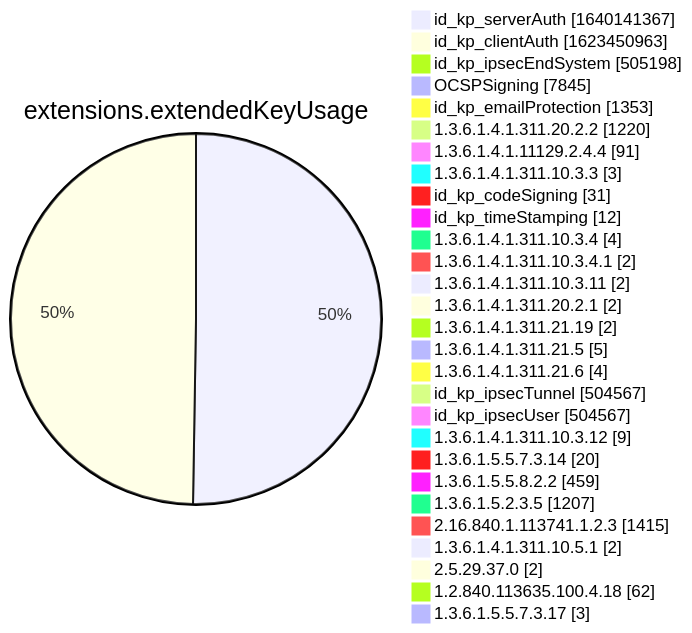
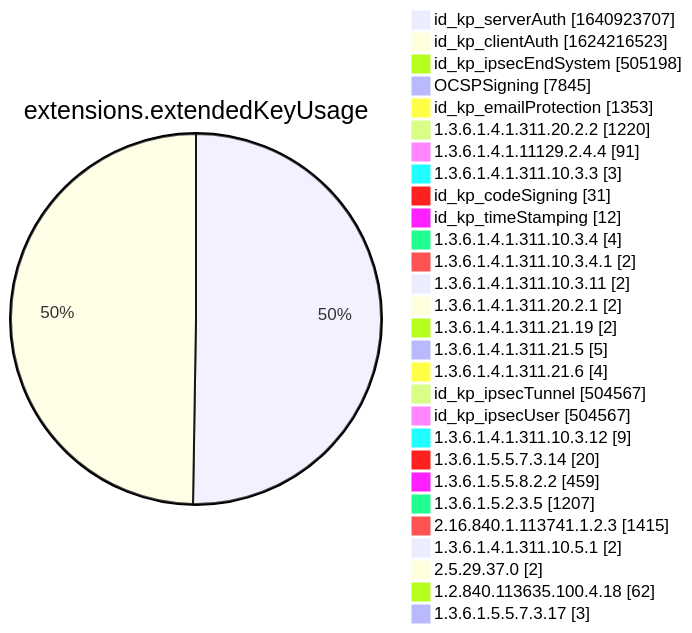
One commit to christiankrug/ctmonitor_visualization changed diagram 12 of 15 in xenon2022/README.md. Above: the diagram before and after it, drawn with Mermaid. The commit also changed other lines of this file, not shown here.

````diff
--- a/xenon2022/README.md
+++ b/xenon2022/README.md
@@ -3886,32 +3886,32 @@
 ```mermaid
 pie showData
 title extensions.extendedKeyUsage
-"id_kp_serverAuth" :1640141367
-"id_kp_clientAuth" :1623450963
+"id_kp_serverAuth" :1640923707
+"id_kp_clientAuth" :1624216523
 "id_kp_ipsecEndSystem" :505198
 "OCSPSigning" :7845
 "id_kp_emailProtection" :1353
 "1.3.6.1.4.1.311.20.2.2" :1220
 "1.3.6.1.4.1.11129.2.4.4" :91
 "1.3.6.1.4.1.311.10.3.3" :3
 "id_kp_codeSigning" :31
 "id_kp_timeStamping" :12
 "1.3.6.1.4.1.311.10.3.4" :4
 "1.3.6.1.4.1.311.10.3.4.1" :2
 "1.3.6.1.4.1.311.10.3.11" :2
 "1.3.6.1.4.1.311.20.2.1" :2
 "1.3.6.1.4.1.311.21.19" :2
 "1.3.6.1.4.1.311.21.5" :5
 "1.3.6.1.4.1.311.21.6" :4
 "id_kp_ipsecTunnel" :504567
 "id_kp_ipsecUser" :504567
 "1.3.6.1.4.1.311.10.3.12" :9
 "1.3.6.1.5.5.7.3.14" :20
 "1.3.6.1.5.5.8.2.2" :459
 "1.3.6.1.5.2.3.5" :1207
 "2.16.840.1.113741.1.2.3" :1415
 "1.3.6.1.4.1.311.10.5.1" :2
 "2.5.29.37.0" :2
 "1.2.840.113635.100.4.18" :62
 "1.3.6.1.5.5.7.3.17" :3
 ```
````
